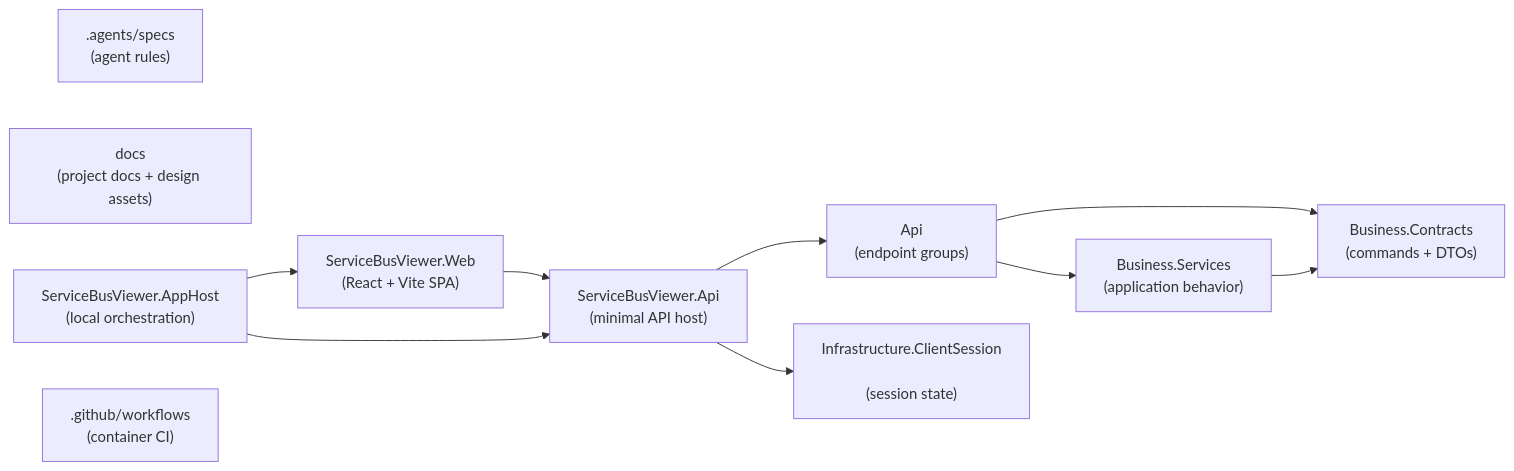
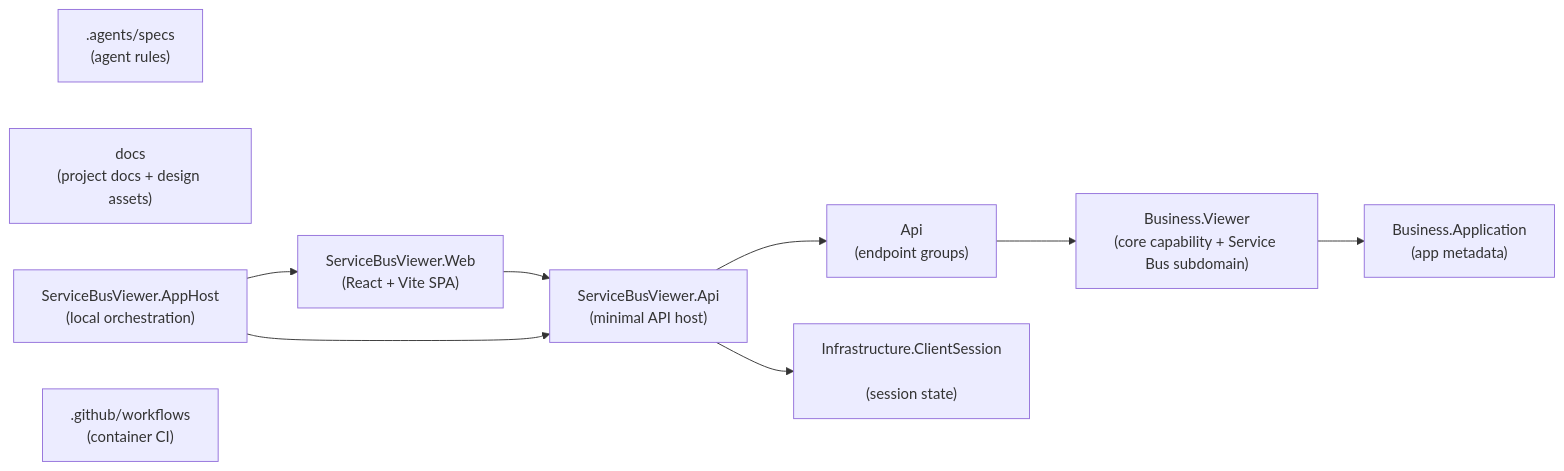
The diagram in docs/PROJECT_STRUCTURE.md (VeselovAndrey/ServiceBusViewer), drawn with Mermaid before and after one commit. The commit also changed other lines of this file and 85 other files, not shown here.

First line of the commit message:
Refactor to capability-sliced architecture

````diff
--- a/docs/PROJECT_STRUCTURE.md
+++ b/docs/PROJECT_STRUCTURE.md
@@ -120,23 +133,22 @@
 ```mermaid
 flowchart LR
     specs[".agents/specs\n(agent rules)"]
     docs["docs\n(project docs + design assets)"]
     apphost["ServiceBusViewer.AppHost\n(local orchestration)"]
     api["ServiceBusViewer.Api\n(minimal API host)"]
     endpoints["Api\n(endpoint groups)"]
-    contracts["Business.Contracts\n(commands + DTOs)"]
-    services["Business.Services\n(application behavior)"]
+    application["Business.Application\n(app metadata)"]
+    viewer["Business.Viewer\n(core capability + Service Bus subdomain)"]
     session["Infrastructure.ClientSession
 \n(session state)"]
     web["ServiceBusViewer.Web\n(React + Vite SPA)"]
     workflows[".github/workflows\n(container CI)"]
 
     api --> endpoints
-    endpoints --> contracts
-    endpoints --> services
-    services --> contracts
+    endpoints --> viewer
+    viewer --> application
     api --> session
     web --> api
     apphost --> api
     apphost --> web
 ```
````
